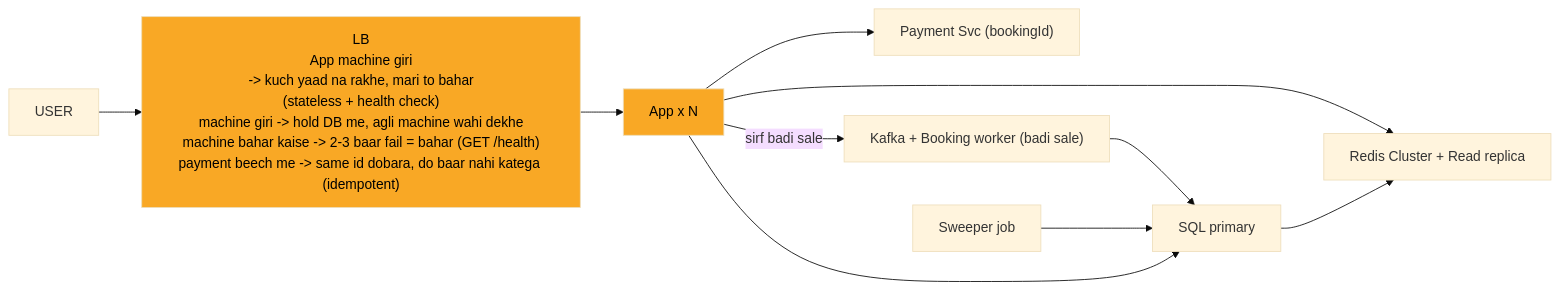
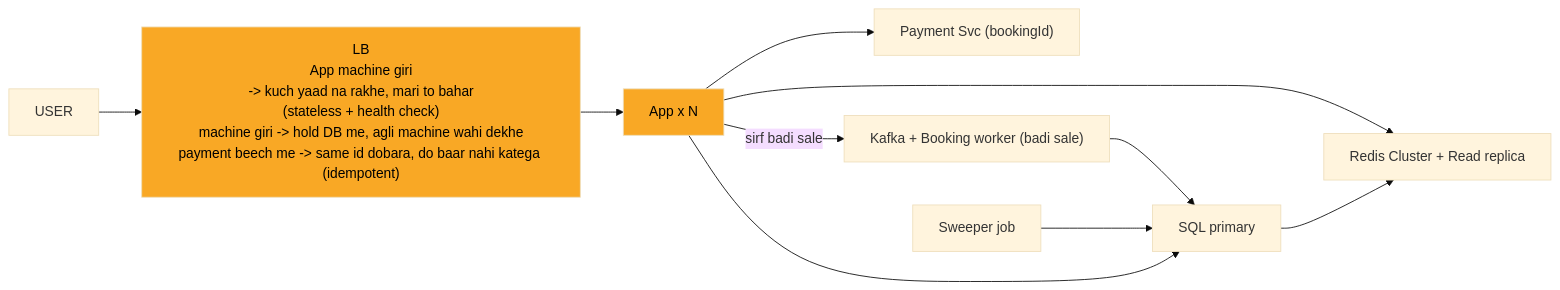
Before and after one commit to ArpanMaheshwari144/Prep: the eighth of 9 diagrams in 04_HLD/SYSTEM_DESIGNS/09_bookmyshow/09_bookmyshow_INTERVIEW.md, drawn with Mermaid (base theme). The commit also changed other lines of this file and 13 other files, not shown here.

````diff
--- a/04_HLD/SYSTEM_DESIGNS/09_bookmyshow/09_bookmyshow_INTERVIEW.md
+++ b/04_HLD/SYSTEM_DESIGNS/09_bookmyshow/09_bookmyshow_INTERVIEW.md
@@ -305,23 +305,23 @@
 ```mermaid
 %%{init: {"flowchart": {"wrappingWidth": 450}}}%%
 flowchart LR
     n_USER["USER"]
-    n_LB["LB<br/>App machine giri<br/>-> kuch yaad na rakhe, mari to bahar<br/>(stateless + health check)<br/>machine giri -> hold DB me, agli machine wahi dekhe<br/>machine bahar kaise -> 2-3 baar fail = bahar (GET /health)<br/>payment beech me -> same id dobara, do baar nahi katega (idempotent)"]
+    n_LB["LB<br/>App machine giri<br/>-> kuch yaad na rakhe, mari to bahar<br/>(stateless + health check)<br/>machine giri -> hold DB me, agli machine wahi dekhe<br/>payment beech me -> same id dobara, do baar nahi katega (idempotent)"]
     n_App_xN["App x N"]
     n_Payment_Svc["Payment Svc (bookingId)"]
     n_RRR["Redis Cluster + Read replica"]
     n_KB["Kafka + Booking worker (badi sale)"]
     n_SQL_primary["SQL primary"]
     n_Sweeper_job["Sweeper job"]
     n_USER --> n_LB
     n_LB --> n_App_xN
     n_App_xN --> n_Payment_Svc
     n_App_xN --> n_RRR
     n_App_xN -->|sirf badi sale| n_KB
     n_KB --> n_SQL_primary
     n_Sweeper_job --> n_SQL_primary
     n_App_xN --> n_SQL_primary
     n_SQL_primary --> n_RRR
     style n_LB fill:#f9a825,color:#000
     style n_App_xN fill:#f9a825,color:#000
 ```
````
